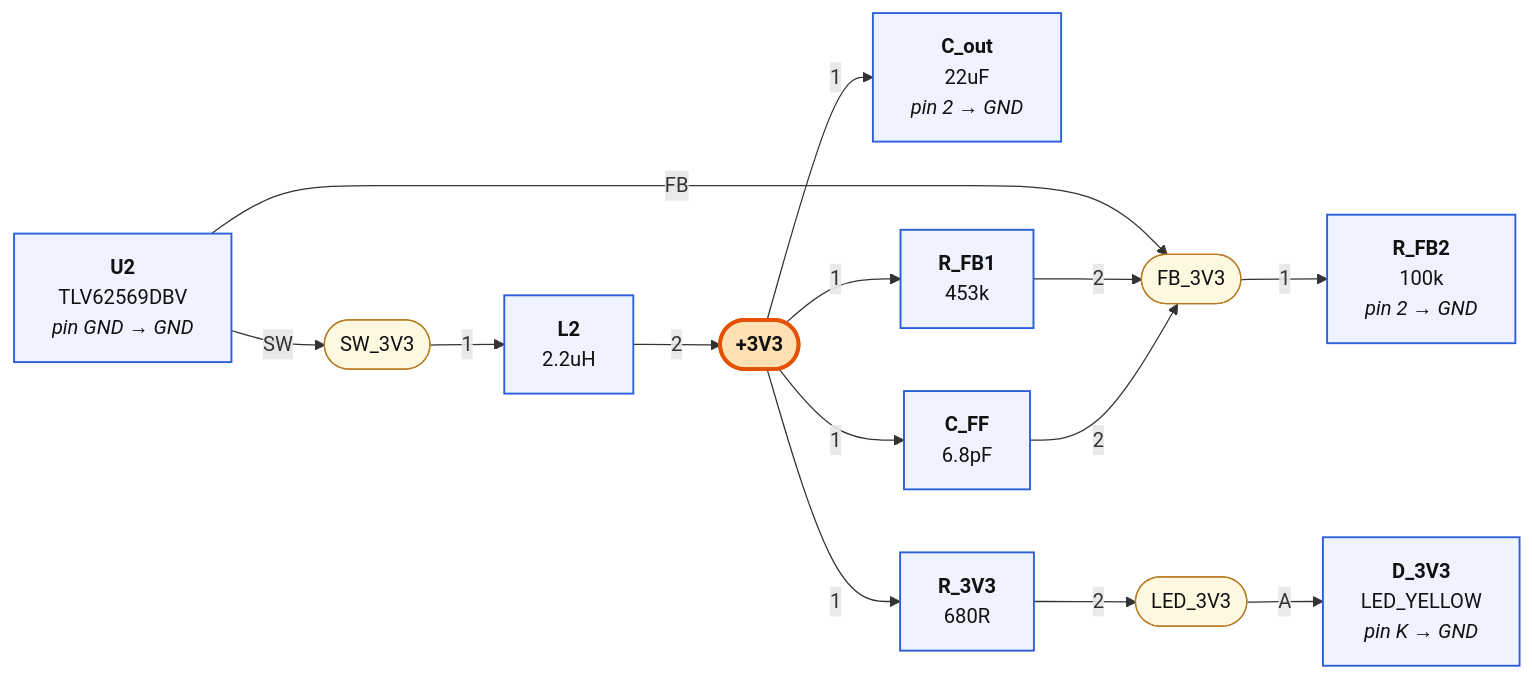
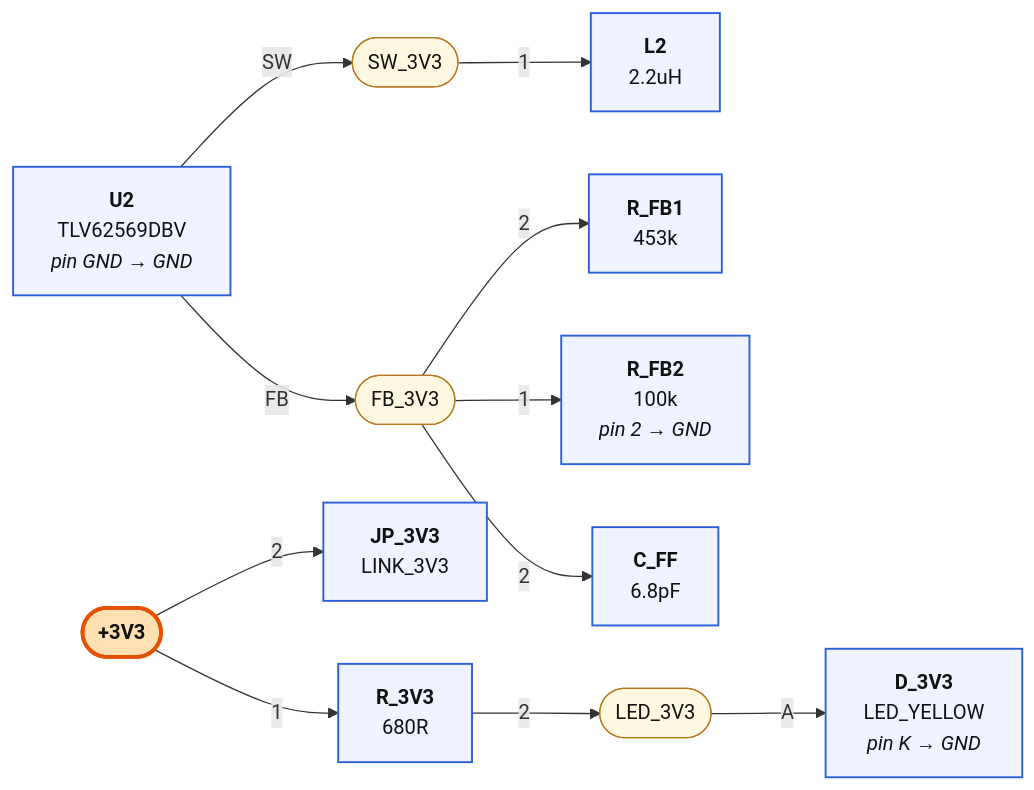
The fourth of 4 diagrams in hardware/pro/sheets/01-power.diagram.md (mrwillson2u/propmesh), drawn with Mermaid before and after one commit. The commit also changed other lines of this file and 44 other files, not shown here.

````diff
--- a/hardware/pro/sheets/01-power.diagram.md
+++ b/hardware/pro/sheets/01-power.diagram.md
@@ -133,35 +176,32 @@
 ```mermaid
 graph LR
   classDef part fill:#eef3ff,stroke:#2b5fd9,stroke-width:1.5px,color:#111
   classDef net fill:#fff8e1,stroke:#b7791f,color:#111
   classDef rail fill:#ffe0b2,stroke:#e65100,stroke-width:3px,color:#111,font-weight:bold
   classDef badnet fill:#ffe0e0,stroke:#c00,stroke-width:3px,color:#111,font-weight:bold
   classDef absent fill:#fff,stroke:#c00,stroke-width:2px,stroke-dasharray:6 4,color:#c00
   classDef extra fill:#ffecec,stroke:#c00,stroke-width:2px,color:#111
   classDef dnp fill:#f5f5f5,stroke:#999,stroke-dasharray:3 3,color:#666
   N_SW_3V3(["SW_3V3"]):::net
   P_U2["<b>U2</b><br/>TLV62569DBV<br/><i>pin GND → GND</i>"]:::part
   P_U2 --"SW"--> N_SW_3V3
   P_L2["<b>L2</b><br/>2.2uH"]:::part
   N_SW_3V3 --"1"--> P_L2
   N__3V3(["+3V3"]):::rail
-  P_L2 --"2"--> N__3V3
-  P_C_out["<b>C_out</b><br/>22uF<br/><i>pin 2 → GND</i>"]:::part
-  N__3V3 --"1"--> P_C_out
-  P_R_FB1["<b>R_FB1</b><br/>453k"]:::part
-  N__3V3 --"1"--> P_R_FB1
-  P_C_FF["<b>C_FF</b><br/>6.8pF"]:::part
-  N__3V3 --"1"--> P_C_FF
+  P_JP_3V3["<b>JP_3V3</b><br/>LINK_3V3"]:::part
+  N__3V3 --"2"--> P_JP_3V3
   P_R_3V3["<b>R_3V3</b><br/>680R"]:::part
   N__3V3 --"1"--> P_R_3V3
   N_FB_3V3(["FB_3V3"]):::net
   P_U2 --"FB"--> N_FB_3V3
-  P_R_FB1 --"2"--> N_FB_3V3
+  P_R_FB1["<b>R_FB1</b><br/>453k"]:::part
+  N_FB_3V3 --"2"--> P_R_FB1
   P_R_FB2["<b>R_FB2</b><br/>100k<br/><i>pin 2 → GND</i>"]:::part
   N_FB_3V3 --"1"--> P_R_FB2
-  P_C_FF --"2"--> N_FB_3V3
+  P_C_FF["<b>C_FF</b><br/>6.8pF"]:::part
+  N_FB_3V3 --"2"--> P_C_FF
   N_LED_3V3(["LED_3V3"]):::net
   P_R_3V3 --"2"--> N_LED_3V3
   P_D_3V3["<b>D_3V3</b><br/>LED_YELLOW<br/><i>pin K → GND</i>"]:::part
   N_LED_3V3 --"A"--> P_D_3V3
 ```
````
